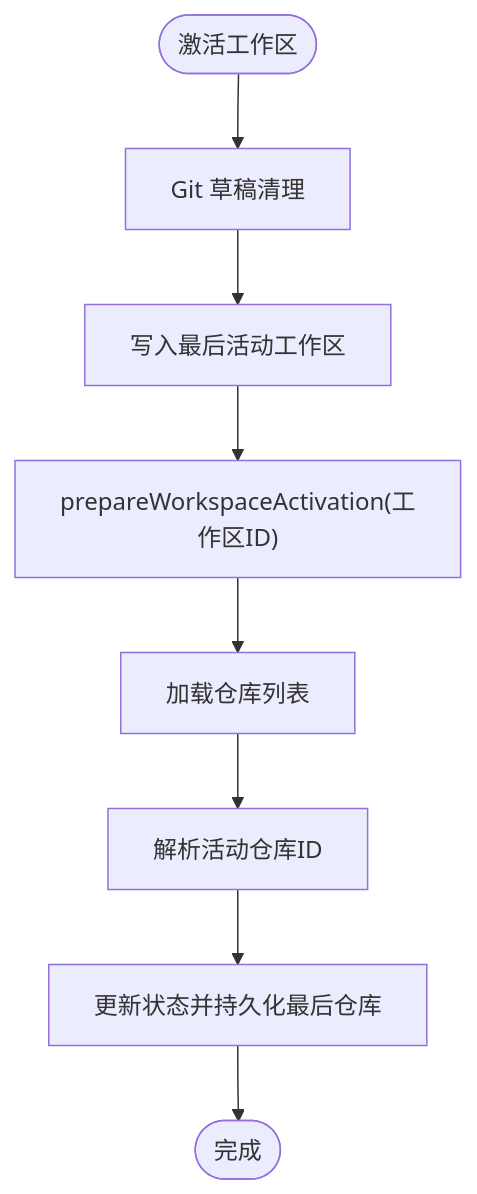
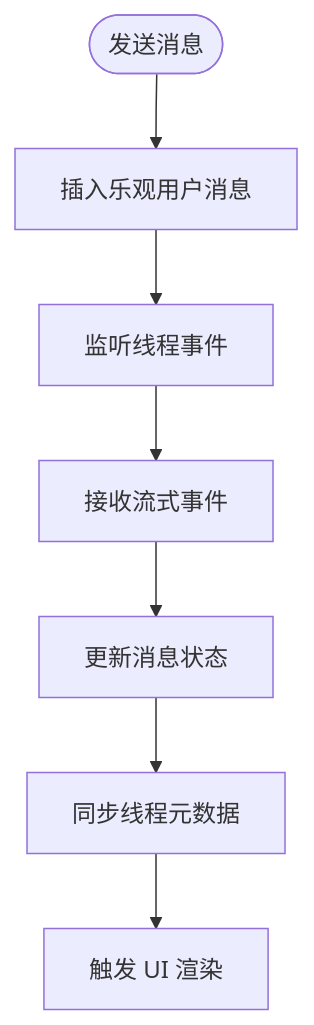
One commit to yattin/panes changed the fourth of 5 diagrams in .qoder/repowiki/zh/content/架构设计/前端架构/状态管理架构.md. Above: the diagram before and after it, drawn with Mermaid. The commit also changed other lines of this file and 45 other files, not shown here.

````diff
--- a/.qoder/repowiki/zh/content/架构设计/前端架构/状态管理架构.md
+++ b/.qoder/repowiki/zh/content/架构设计/前端架构/状态管理架构.md
@@ -170,10 +269,9 @@
 ```mermaid
 flowchart TD
-Start(["激活工作区"]) --> FlushDrafts["Git 草稿清理"]
-FlushDrafts --> Persist["写入最后活动工作区"]
-Persist --> PrepareTerm["prepareWorkspaceActivation(工作区ID)"]
-PrepareTerm --> LoadRepos["加载仓库列表"]
-LoadRepos --> ResolveActiveRepo["解析活动仓库ID"]
-ResolveActiveRepo --> UpdateState["更新状态并持久化最后仓库"]
-UpdateState --> End(["完成"])
+Start(["发送消息"]) --> Optimistic["插入乐观用户消息"]
+Optimistic --> Listen["监听线程事件"]
+Listen --> Event["接收流式事件"]
+Event --> Update["更新消息状态"]
+Update --> Sync["同步线程元数据"]
+Sync --> Render["触发 UI 渲染"]
 ```
````
